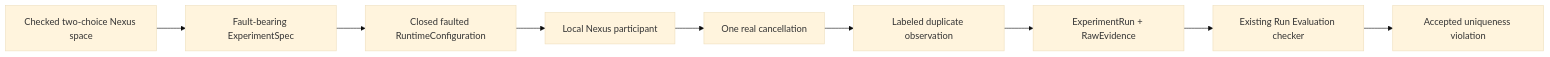
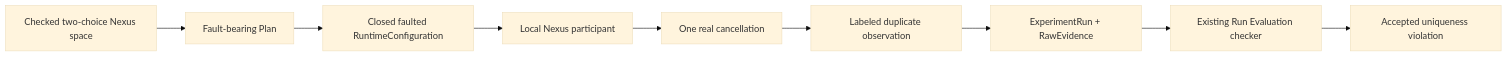
The diagram in .flow/specs/fn-21-nexus-duplicate-observation-control.md (stephanos/temporal), drawn with Mermaid (base theme) before and after one commit. The commit also changed other lines of this file and 43 other files, not shown here.

First line of the commit message:
chore(umpire): retire the Planning and ExperimentSpec vocabulary in the gate

````diff
--- a/.flow/specs/fn-21-nexus-duplicate-observation-control.md
+++ b/.flow/specs/fn-21-nexus-duplicate-observation-control.md
@@ -25,11 +25,11 @@
 ```mermaid
 flowchart LR
-  S[Checked two-choice Nexus space] --> E[Fault-bearing ExperimentSpec]
+  S[Checked two-choice Nexus space] --> E[Fault-bearing Plan]
   E --> C[Closed faulted RuntimeConfiguration]
   C --> P[Local Nexus participant]
   P --> R[One real cancellation]
   R --> D[Labeled duplicate observation]
   D --> A[ExperimentRun + RawEvidence]
   A --> Q[Existing Run Evaluation checker]
   Q --> V[Accepted uniqueness violation]
 ```
````
